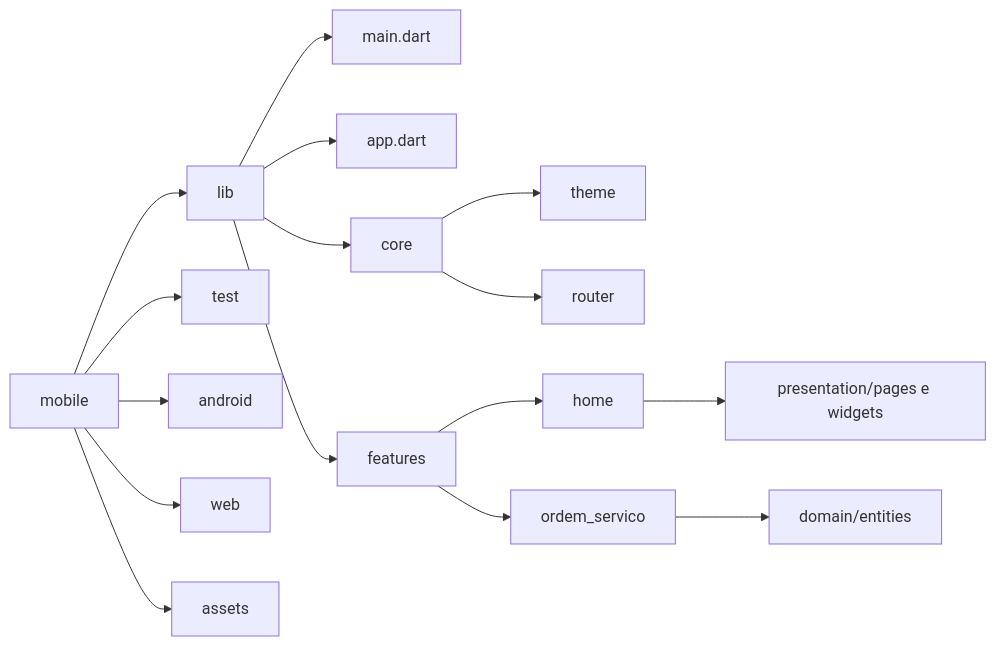
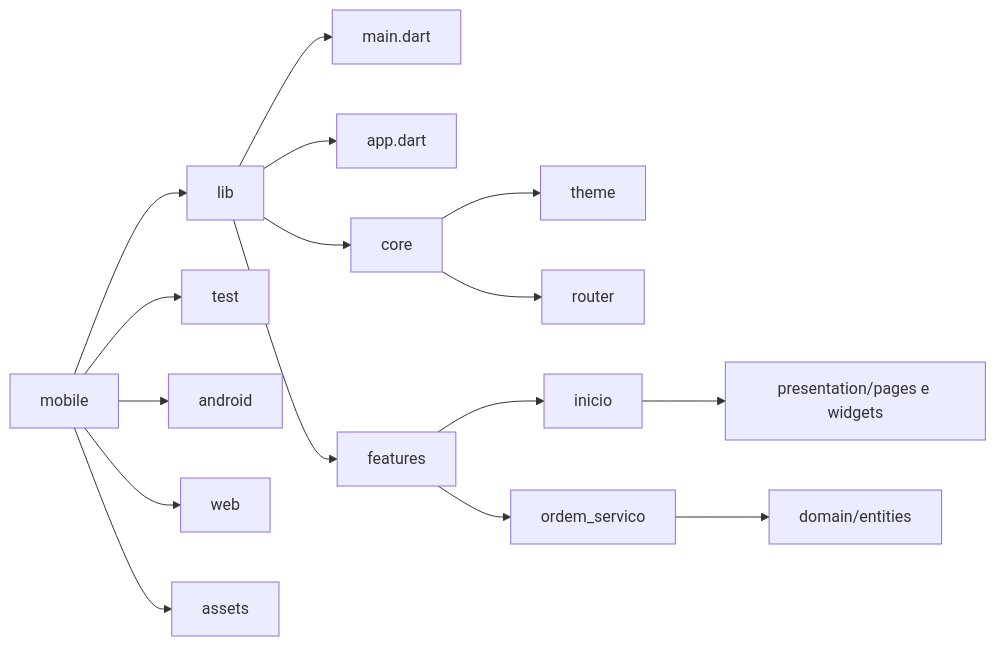
One commit to eltobsjr/oficina-facil changed the second of 2 diagrams in OficinaFacilSecondBrain/arquitetura/Diagramas.md. Above: the diagram before and after it, drawn with Mermaid. The commit also changed 9 other files, not shown here.

````diff
--- a/OficinaFacilSecondBrain/arquitetura/Diagramas.md
+++ b/OficinaFacilSecondBrain/arquitetura/Diagramas.md
@@ -44,9 +44,9 @@
 ```mermaid
 flowchart LR
   mobile --> lib & test & android & web & assets
   lib --> main.dart & app.dart & core & features
   core --> theme & router
-  features --> home & ordem_servico
-  home --> hp[presentation/pages e widgets]
+  features --> inicio & ordem_servico
+  inicio --> hp[presentation/pages e widgets]
   ordem_servico --> od[domain/entities]
 ```
````
